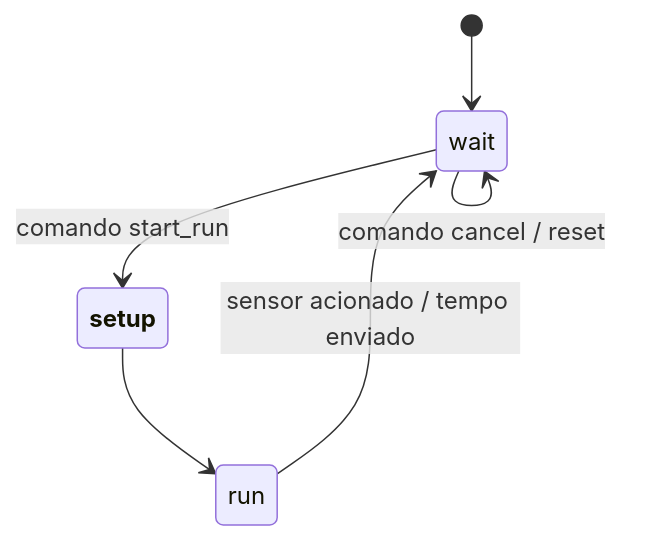
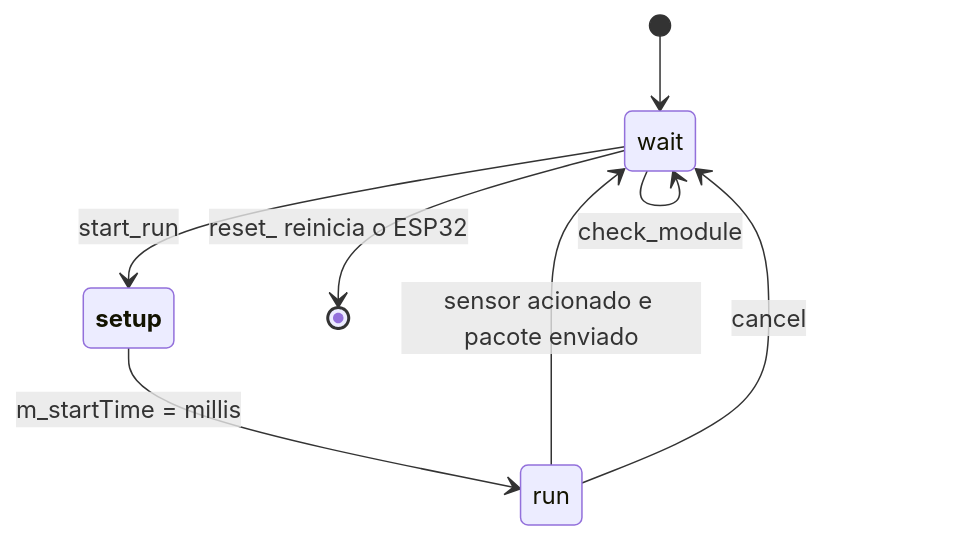
One commit to DARXS/AV-Test changed the sixth of 11 diagrams in README.md. Above: the diagram before and after it, drawn with Mermaid. The commit also changed other lines of this file, not shown here.

````diff
--- a/README.md
+++ b/README.md
@@ -107,8 +344,11 @@
 ```mermaid
 stateDiagram-v2
     [*] --> wait
-    wait --> __setup__: comando start_run
-    __setup__ --> run
-    run --> wait: sensor acionado / tempo enviado
-    wait --> wait: comando cancel / reset
+    state "__setup__" as prep
+    wait --> prep: start_run
+    prep --> run: m_startTime = millis
+    run --> wait: sensor acionado e pacote enviado
+    run --> wait: cancel
+    wait --> wait: check_module
+    wait --> [*]: reset_ reinicia o ESP32
 ```
````
